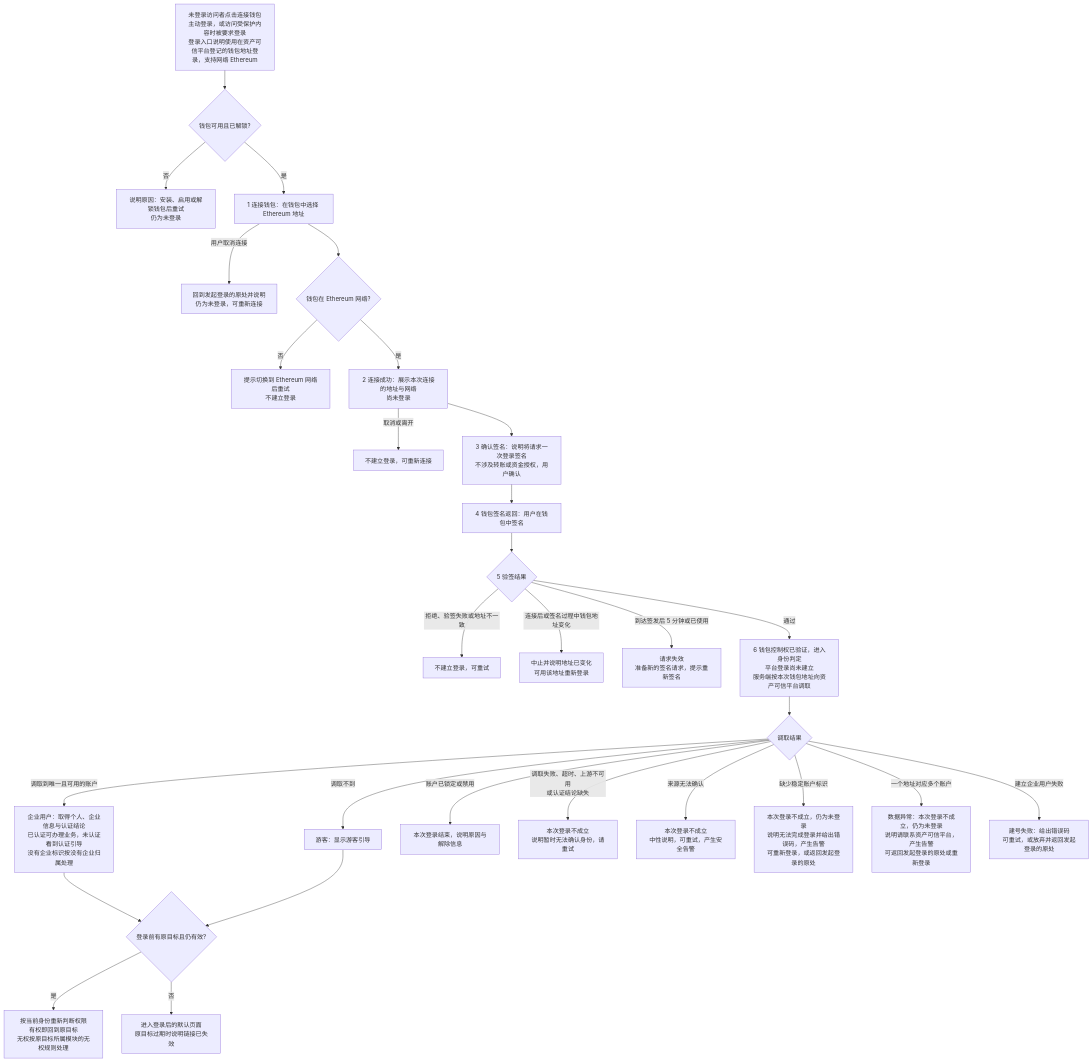
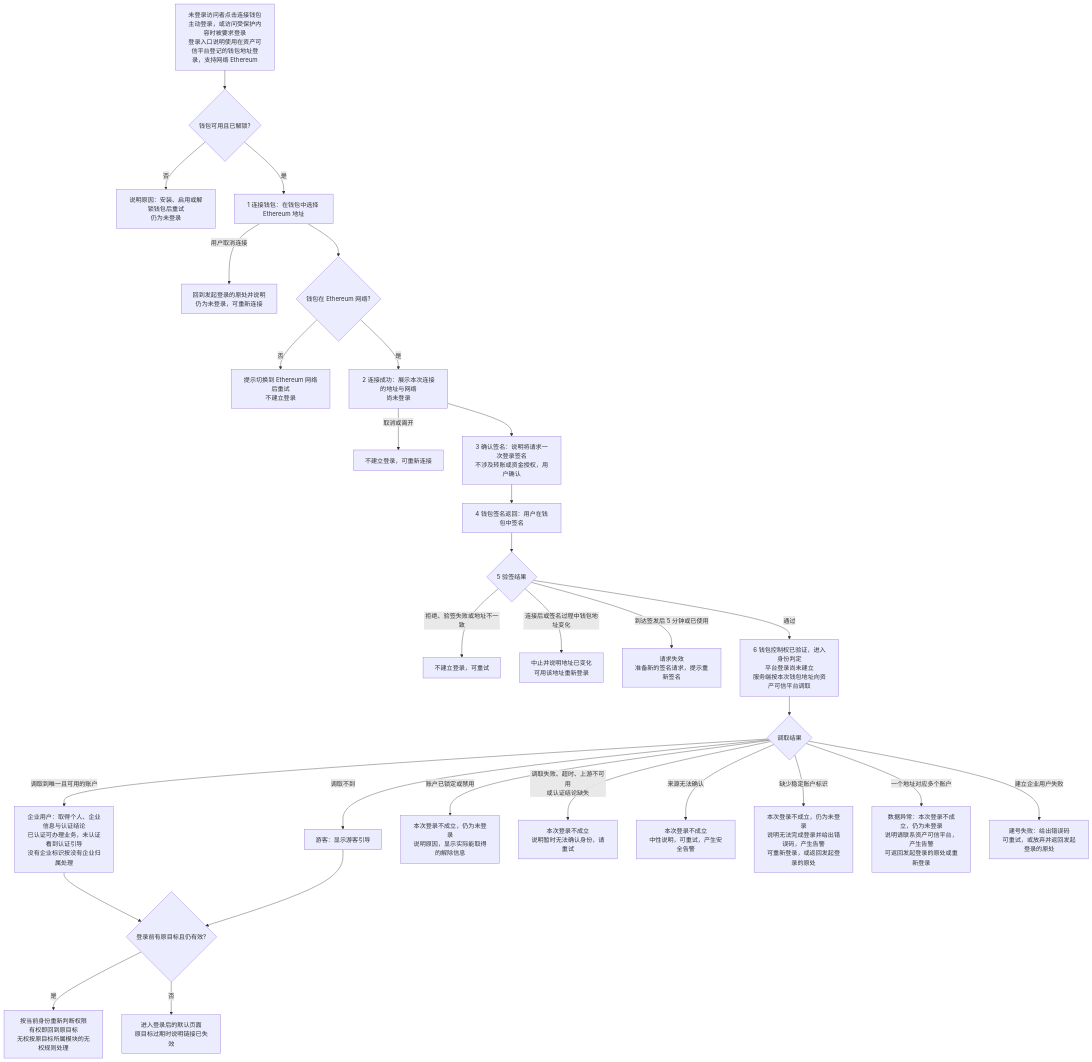
One commit to wxblockchain/Chain-Financing changed the first of 5 diagrams in token-issuance-platform/PRD/面客端/M1-企业登录与企业账户/02-企业登录与企业账户-流程图与状态机.md. Above: the diagram before and after it, drawn with Mermaid.

Commit message:
prd(WS-596): align M1 fig 1 locked/disabled branch with 01 and AC-M1-09

````diff
--- a/token-issuance-platform/PRD/面客端/M1-企业登录与企业账户/02-企业登录与企业账户-流程图与状态机.md
+++ b/token-issuance-platform/PRD/面客端/M1-企业登录与企业账户/02-企业登录与企业账户-流程图与状态机.md
@@ -18,31 +18,31 @@
 ```mermaid
 flowchart TD
     A[未登录访问者点击连接钱包<br/>主动登录，或访问受保护内容时被要求登录<br/>登录入口说明使用在资产可信平台登记的钱包地址登录，支持网络 Ethereum] --> B{钱包可用且已解锁?}
     B -->|否| B1[说明原因：安装、启用或解锁钱包后重试<br/>仍为未登录]
     B -->|是| C[1 连接钱包：在钱包中选择 Ethereum 地址]
     C -->|用户取消连接| C1[回到发起登录的原处并说明<br/>仍为未登录，可重新连接]
     C --> D{钱包在 Ethereum 网络?}
     D -->|否| D1[提示切换到 Ethereum 网络后重试<br/>不建立登录]
     D -->|是| C2[2 连接成功：展示本次连接的地址与网络<br/>尚未登录]
     C2 -->|取消或离开| C3[不建立登录，可重新连接]
     C2 --> E[3 确认签名：说明将请求一次登录签名<br/>不涉及转账或资金授权，用户确认]
     E --> F[4 钱包签名返回：用户在钱包中签名]
     F --> G{5 验签结果}
     G -->|拒绝、验签失败或地址不一致| G1[不建立登录，可重试]
     G -->|连接后或签名过程中钱包地址变化| G2[中止并说明地址已变化<br/>可用该地址重新登录]
     G -->|到达签发后 5 分钟或已使用| G3[请求失效<br/>准备新的签名请求，提示重新签名]
     G -->|通过| H[6 钱包控制权已验证，进入身份判定<br/>平台登录尚未建立<br/>服务端按本次钱包地址向资产可信平台调取]
     H --> I{调取结果}
     I -->|调取到唯一且可用的账户| J[企业用户：取得个人、企业信息与认证结论<br/>已认证可办理业务，未认证看到认证引导<br/>没有企业标识按没有企业归属处理]
     I -->|调取不到| K[游客：显示游客引导]
-    I -->|账户已锁定或禁用| L[本次登录结束，说明原因与解除信息]
+    I -->|账户已锁定或禁用| L[本次登录不成立，仍为未登录<br/>说明原因，显示实际能取得的解除信息]
     I -->|调取失败、超时、上游不可用<br/>或认证结论缺失| M[本次登录不成立<br/>说明暂时无法确认身份，请重试]
     I -->|来源无法确认| MS[本次登录不成立<br/>中性说明，可重试，产生安全告警]
     I -->|缺少稳定账户标识| MT[本次登录不成立，仍为未登录<br/>说明无法完成登录并给出错误码，产生告警<br/>可重新登录，或返回发起登录的原处]
     I -->|一个地址对应多个账户| N[数据异常：本次登录不成立，仍为未登录<br/>说明请联系资产可信平台，产生告警<br/>可返回发起登录的原处或重新登录]
     I -->|建立企业用户失败| O[建号失败：给出错误码<br/>可重试，或放弃并返回发起登录的原处]
     J --> P{登录前有原目标且仍有效?}
     K --> P
     P -->|是| Q[按当前身份重新判断权限<br/>有权即回到原目标<br/>无权按原目标所属模块的无权规则处理]
     P -->|否| R[进入登录后的默认页面<br/>原目标过期时说明链接已失效]
 ```
````
